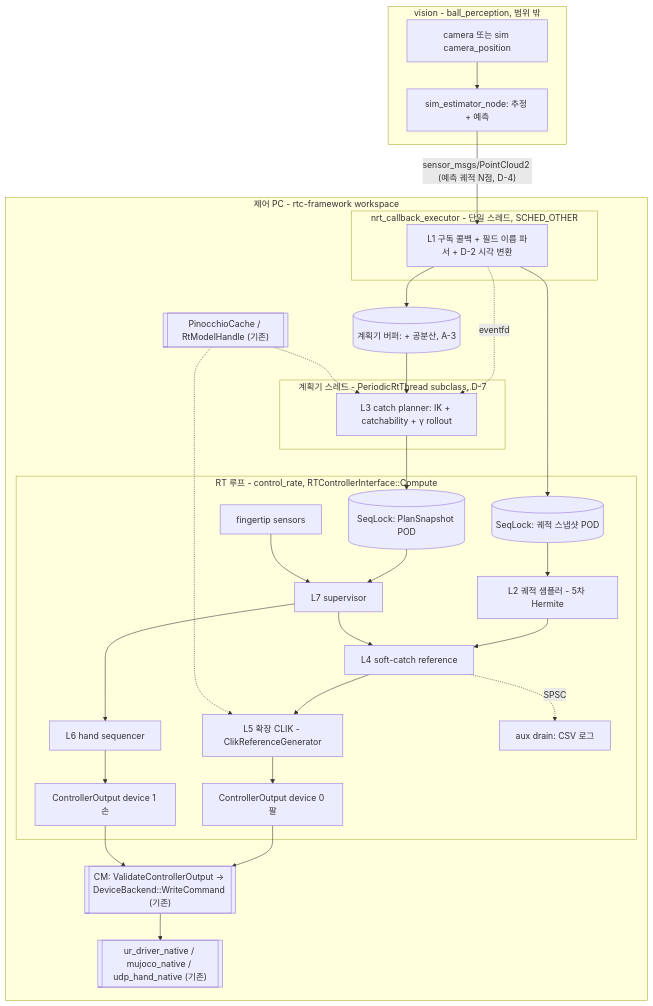
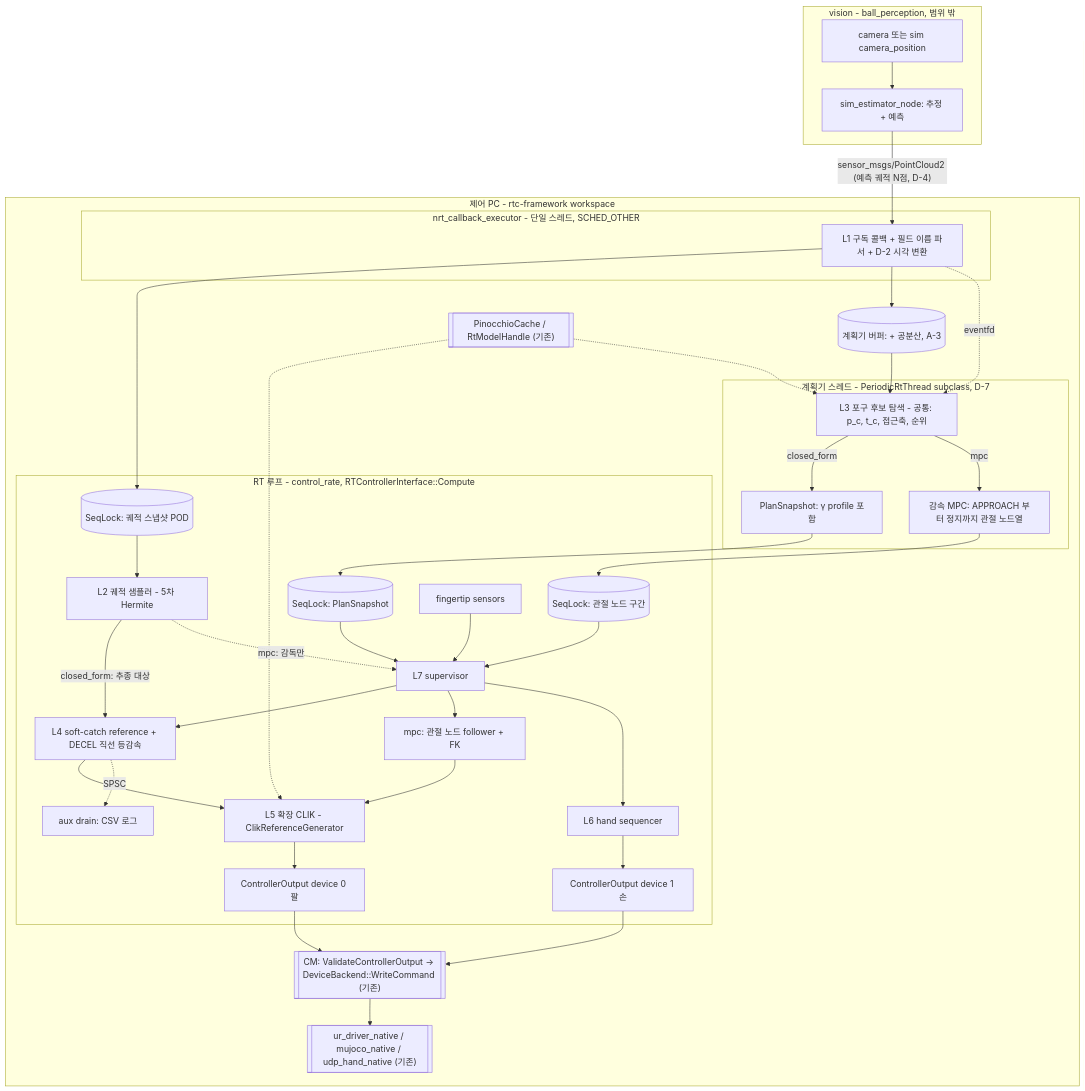
Before and after one commit to hyujun/rtc-framework: the diagram in docs/dynamic_catching/ref/CATCHING_MASTER.md, drawn with Mermaid. The commit also changed other lines of this file and 3 other files, not shown here.

````diff
--- a/docs/dynamic_catching/ref/CATCHING_MASTER.md
+++ b/docs/dynamic_catching/ref/CATCHING_MASTER.md
@@ -92,38 +85,45 @@
 ```mermaid
 flowchart TB
   subgraph VPC[vision - ball_perception, 범위 밖]
     CAM[camera 또는 sim camera_position] --> EKF[sim_estimator_node: 추정 + 예측]
   end
   EKF -- "sensor_msgs/PointCloud2 (예측 궤적 N점, D-4)" --> SUB
   subgraph CPC[제어 PC - rtc-framework workspace]
     subgraph NRT[nrt_callback_executor - 단일 스레드, SCHED_OTHER]
       SUB[L1 구독 콜백 + 필드 이름 파서 + D-2 시각 변환]
     end
     SUB --> TB[(SeqLock: 궤적 스냅샷 POD)]
     SUB --> CB[(계획기 버퍼: + 공분산, A-3)]
     SUB -. eventfd .-> PL
     subgraph PLT[계획기 스레드 - PeriodicRtThread subclass, D-7]
-      PL[L3 catch planner: IK + catchability + γ rollout]
+      PL[L3 포구 후보 탐색 - 공통: p_c, t_c, 접근축, 순위]
+      PL -- closed_form --> PS[PlanSnapshot: γ profile 포함]
+      PL -- mpc --> MP[감속 MPC: APPROACH 부터 정지까지 관절 노드열]
     end
     CB --> PL
-    PL --> PB[(SeqLock: PlanSnapshot POD)]
+    PS --> PB[(SeqLock: PlanSnapshot)]
+    MP --> DB[(SeqLock: 관절 노드 구간)]
     subgraph RT[RT 루프 - control_rate, RTControllerInterface::Compute]
       TB --> SM[L2 궤적 샘플러 - 5차 Hermite]
       PB --> SV[L7 supervisor]
-      SM --> REF[L4 soft-catch reference]
+      DB --> SV
+      SM -- closed_form: 추종 대상 --> REF[L4 soft-catch reference + DECEL 직선 등감속]
+      SM -. mpc: 감독만 .-> SV
       SV --> REF
+      SV --> NF[mpc: 관절 노드 follower + FK]
       REF --> IK[L5 확장 CLIK - ClikReferenceGenerator]
+      NF --> IK
       SV --> HS[L6 hand sequencer]
       FT[fingertip sensors] --> SV
       IK --> OUT[ControllerOutput device 0 팔]
       HS --> OUTH[ControllerOutput device 1 손]
       REF -. SPSC .-> LOGW
     end
     OUT --> CM[["CM: ValidateControllerOutput → DeviceBackend::WriteCommand (기존)"]]
     OUTH --> CM
     CM --> BE[["ur_driver_native / mujoco_native / udp_hand_native (기존)"]]
     KIN[["PinocchioCache / RtModelHandle (기존)"]] -.-> IK
     KIN -.-> PL
     LOGW[aux drain: CSV 로그]
   end
 ```
````
